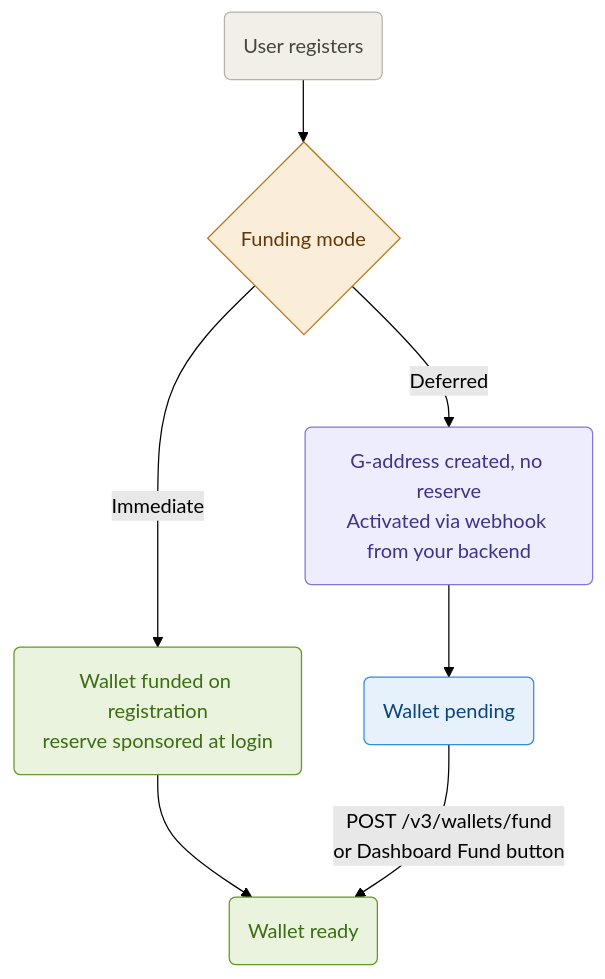
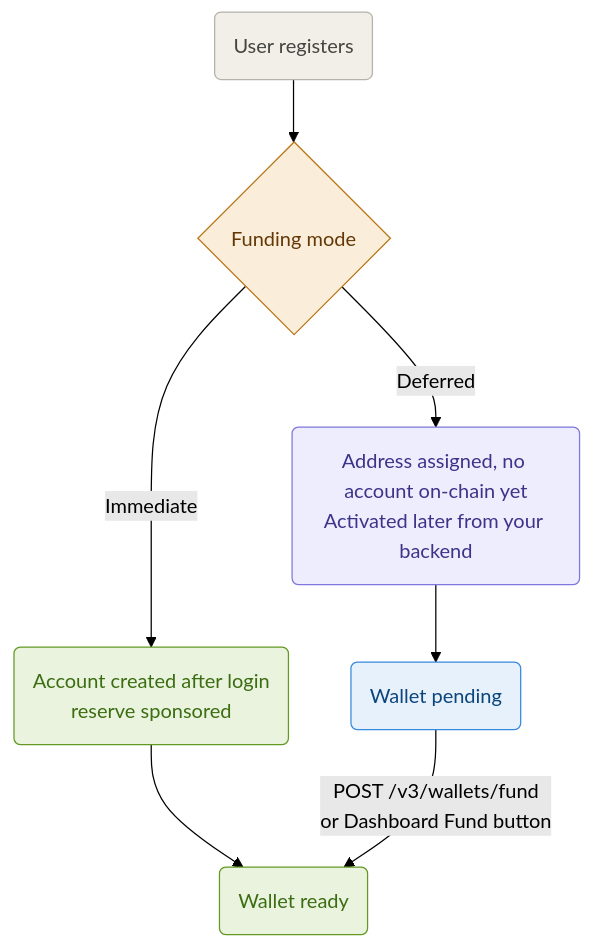
Before and after one commit to pollar-xyz/pollar-docs: the diagram in docs/(latest)/core-concepts/funding-modes.md, drawn with Mermaid (forest theme). The commit also changed other lines of this file and 20 other files, not shown here.

````diff
--- a/docs/(latest)/core-concepts/funding-modes.md
+++ b/docs/(latest)/core-concepts/funding-modes.md
@@ -15,17 +15,17 @@
 ```mermaid
 flowchart TD
     A("User registers"):::neutral
     A --> B{"Funding mode"}:::decision
-    B -->|"Immediate"| C("Wallet funded on registration\nreserve sponsored at login"):::immediate
-    B -->|"Deferred"| D("G-address created, no reserve\nActivated via webhook from your backend"):::deferred
+    B -->|"Immediate"| C("Account created after login\nreserve sponsored"):::immediate
+    B -->|"Deferred"| D("Address assigned, no account on-chain yet\nActivated later from your backend"):::deferred
     C --> E("Wallet ready"):::ready
     D --> F("Wallet pending"):::pending
     F -->|"POST /v3/wallets/fund\nor Dashboard Fund button"| E
 
     classDef neutral fill:#f1efe8,stroke:#b4b2a9,color:#444441
     classDef decision fill:#faeeda,stroke:#ba7517,color:#633806
     classDef immediate fill:#eaf3de,stroke:#639922,color:#3b6d11
     classDef deferred fill:#eeedfe,stroke:#7f77dd,color:#3c3489
     classDef ready fill:#eaf3de,stroke:#639922,color:#3b6d11
     classDef pending fill:#e6f1fb,stroke:#378add,color:#0c447c
 ```
````
